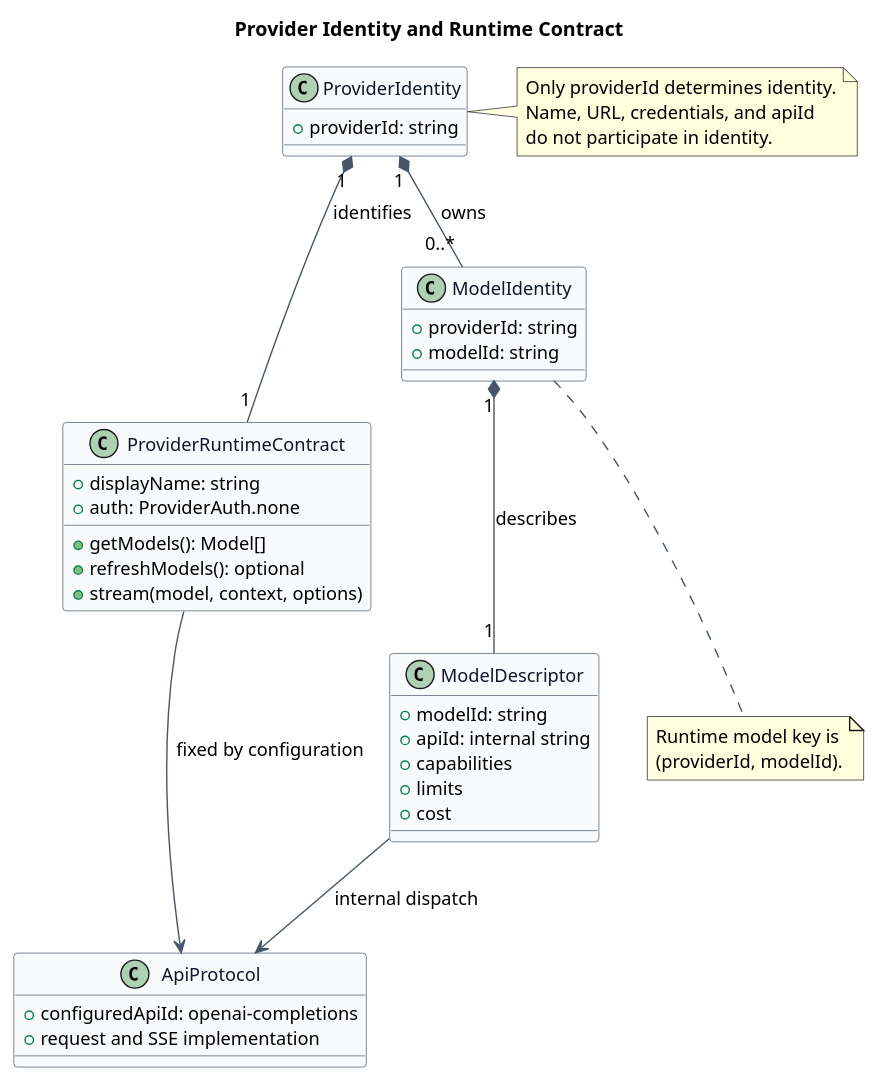
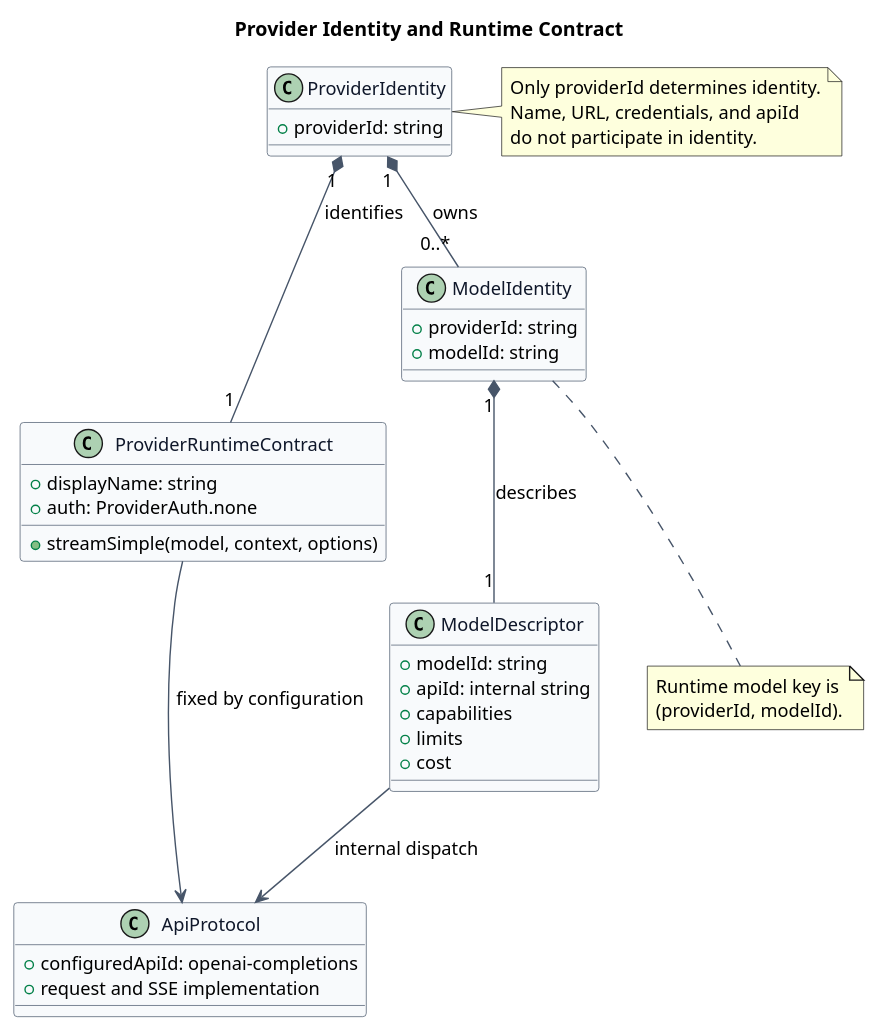
The first of 5 diagrams in 02-服务与接口/03-模型管理Provider契约/diagram.puml (ssm0808/pi-mono-java-design), drawn with PlantUML before and after one commit. The commit also changed other lines of this file and 17 other files, not shown here.

```diff
--- a/02-服务与接口/03-模型管理Provider契约/diagram.puml
+++ b/02-服务与接口/03-模型管理Provider契约/diagram.puml
@@ -1,67 +1,66 @@
 @startuml provider_identity_model
 title Provider Identity and Runtime Contract
 
 ' Source evidence:
+' Baseline: pi-mono 5cd93f688aaab89dbb6dfa4aca535f21796ae185
 ' pi-mono packages/ai/src/models.ts: Provider, MutableModels, ModelsImpl, and createProvider
 ' pi-mono packages/ai/src/types.ts: ProviderId, Model, SimpleStreamOptions, and ToolChoice
 ' Observed behavior: provider.id is the registry key and Model.provider selects the owning provider.
 ' Design reason: provider identity, protocol dispatch, model identity, and connection configuration remain separate.
 
 skinparam backgroundColor #FFFFFF
 skinparam shadowing false
 skinparam defaultFontName Arial
 skinparam defaultFontSize 13
 skinparam class {
   BackgroundColor #F8FAFC
   BorderColor #475569
   FontColor #0F172A
   ArrowColor #475569
 }
 
 class ProviderIdentity {
   +providerId: string
 }
 
 class ProviderRuntimeContract {
   +displayName: string
   +auth: ProviderAuth.none
-  +getModels(): Model[]
-  +refreshModels(): optional
-  +stream(model, context, options)
+  +streamSimple(model, context, options)
 }
 
 class ModelIdentity {
   +providerId: string
   +modelId: string
 }
 
 class ModelDescriptor {
   +modelId: string
   +apiId: internal string
   +capabilities
   +limits
   +cost
 }
 
 class ApiProtocol {
   +configuredApiId: openai-completions
   +request and SSE implementation
 }
 
 ProviderIdentity "1" *-- "1" ProviderRuntimeContract : identifies
 ProviderIdentity "1" *-- "0..*" ModelIdentity : owns
 ModelIdentity "1" *-- "1" ModelDescriptor : describes
 ModelDescriptor --> ApiProtocol : internal dispatch
 ProviderRuntimeContract --> ApiProtocol : fixed by configuration
 
 note right of ProviderIdentity
 Only providerId determines identity.
 Name, URL, credentials, and apiId
 do not participate in identity.
 end note
 
 note bottom of ModelIdentity
 Runtime model key is
 (providerId, modelId).
 end note
 @enduml
```
